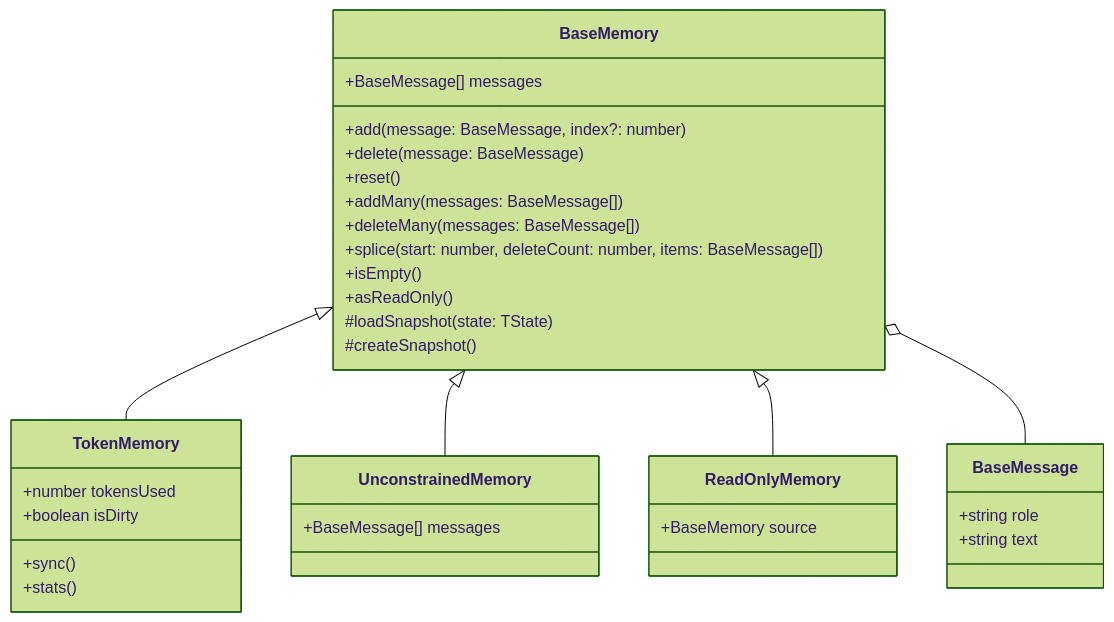
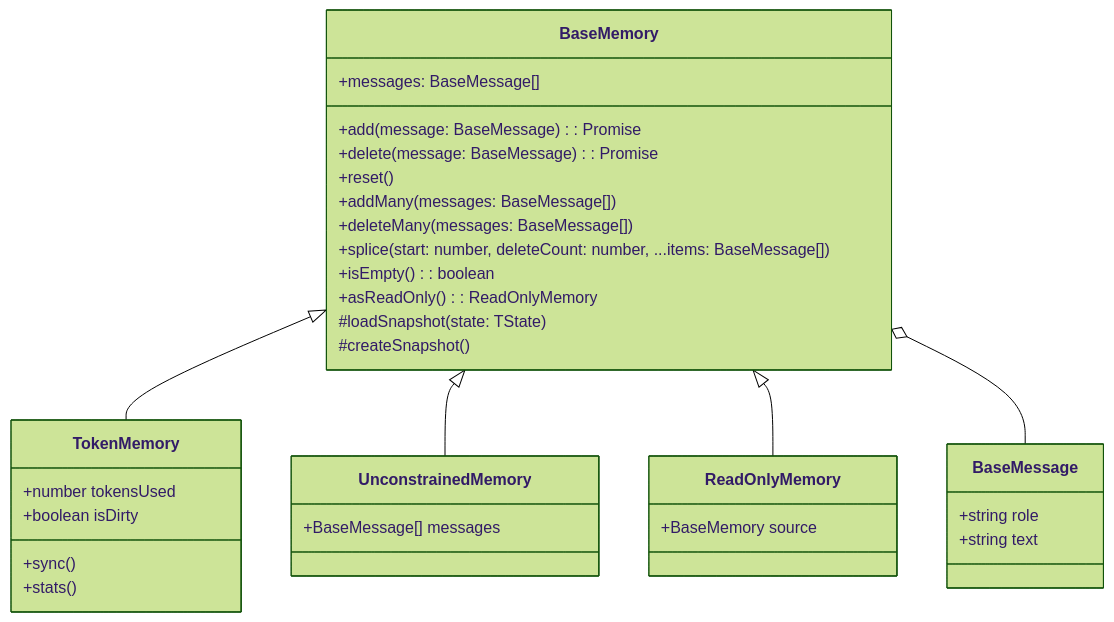
One commit to i-am-bee/bee-agent-framework changed the diagram in docs/memory.md. Above: the diagram before and after it, drawn with Mermaid (forest theme). The commit also changed 2 other files, not shown here.

Commit message:
docs: fix agent, memory and main README

````diff
--- a/docs/memory.md
+++ b/docs/memory.md
@@ -11,42 +11,42 @@
 ```mermaid
 classDiagram
     class BaseMemory {
-        +BaseMessage[] messages
-        +add(message: BaseMessage, index?: number)
-        +delete(message: BaseMessage)
+        +messages: BaseMessage[]
+        +add(message: BaseMessage): Promise
+        +delete(message: BaseMessage): Promise
         +reset()
         +addMany(messages: BaseMessage[])
         +deleteMany(messages: BaseMessage[])
-        +splice(start: number, deleteCount: number, items: BaseMessage[])
-        +isEmpty()
-        +asReadOnly()
+        +splice(start: number, deleteCount: number, ...items: BaseMessage[])
+        +isEmpty(): boolean
+        +asReadOnly(): ReadOnlyMemory
         #loadSnapshot(state: TState)
         #createSnapshot()
     }
 
     class TokenMemory {
         +number tokensUsed
         +boolean isDirty
         +sync()
         +stats()
     }
 
     class UnconstrainedMemory {
         +BaseMessage[] messages
     }
 
     class ReadOnlyMemory {
         +BaseMemory source
     }
 
     BaseMemory <|-- TokenMemory
     BaseMemory <|-- UnconstrainedMemory
     BaseMemory <|-- ReadOnlyMemory
 
     class BaseMessage {
         +string role
         +string text
     }
 
     BaseMemory o-- BaseMessage
 ```
````
